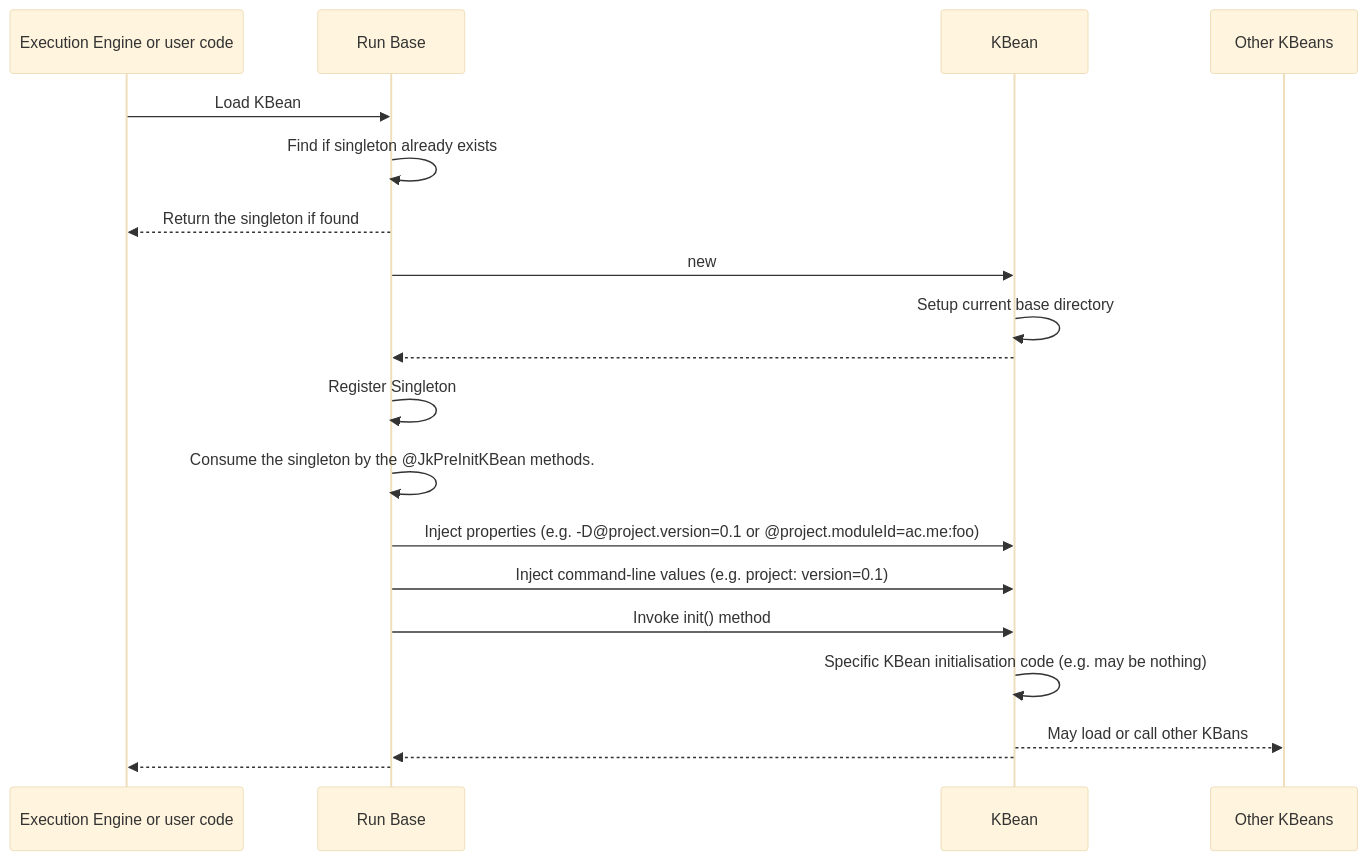
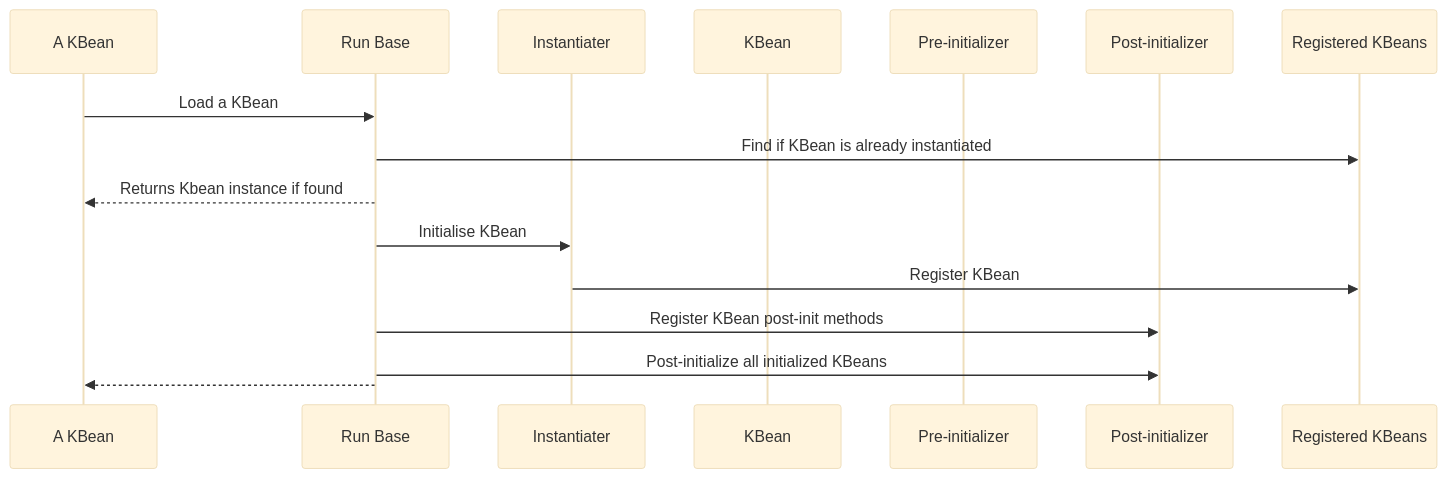
Before and after one commit to jeka-dev/jeka: the second of 3 diagrams in docs/reference/kbeans.md, drawn with Mermaid (base theme). The commit also changed other lines of this file and 36 other files, not shown here.

````diff
--- a/docs/reference/kbeans.md
+++ b/docs/reference/kbeans.md
@@ -497,24 +362,19 @@
 ```mermaid
 sequenceDiagram
-    participant EE as Execution Engine or user code
+    participant AK as A KBean
     participant RB as Run Base
+    participant IT as Instantiater
     participant KB as KBean
-    participant OKB as Other KBeans
+    participant PR as Pre-initializer
+    participant PO as Post-initializer
+    participant RK as Registered KBeans
 
-    EE->>RB:  Load KBean
-    RB->>RB:  Find if singleton already exists
-    RB-->>EE: Return the singleton if found
-    RB->>KB:  new
-    KB->>KB:  Setup current base directory
-    KB-->>RB: 
-    RB->>RB:  Register Singleton
-    RB->>RB:  Consume the singleton by the @JkPreInitKBean methods.
-    RB->>KB:  Inject properties (e.g. -D@project.version=0.1 or @project.moduleId=ac.me:foo)
-    RB->>KB:  Inject command-line values  (e.g. project: version=0.1)
-    RB->>KB:  Invoke init() method
-    KB->>KB:  Specific KBean initialisation code (e.g. may be nothing)
-    KB-->> OKB: May load or call other KBans
-    KB-->>RB: 
-    RB-->>EE: 
-
+    AK->>RB:  Load a KBean 
+    RB->>RK:  Find if KBean is already instantiated
+    RB-->>AK:  Returns Kbean instance if found
+    RB->>IT:  Initialise KBean
+    IT->>RK:  Register KBean
+    RB->>PO:  Register KBean post-init methods
+    RB->>PO:  Post-initialize all initialized KBeans
+    RB-->>AK:  
 ```
````
